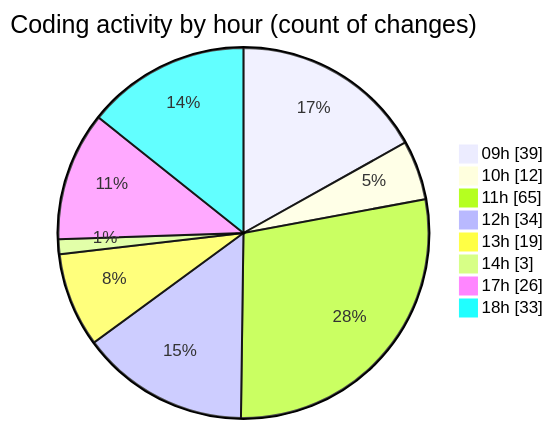
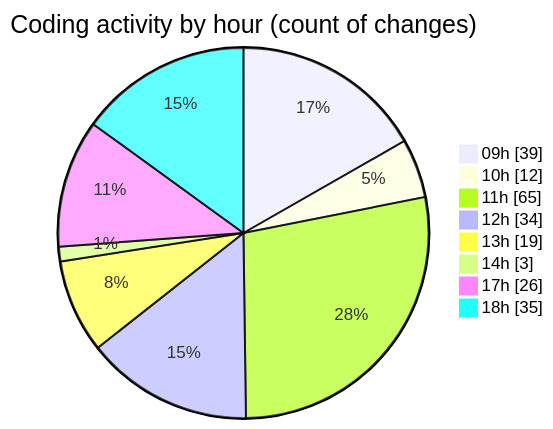
The second of 2 diagrams in 2025-03-04/cda/README.md (momahboobian/code-tracking), drawn with Mermaid before and after one commit. The commit also changed other lines of this file and 1 other file, not shown here.

````diff
--- a/2025-03-04/cda/README.md
+++ b/2025-03-04/cda/README.md
@@ -35,12 +35,12 @@
 ```mermaid
 pie showData
 title Coding activity by hour (count of changes)
 "09h" : 39
 "10h" : 12
 "11h" : 65
 "12h" : 34
 "13h" : 19
 "14h" : 3
 "17h" : 26
-"18h" : 33
+"18h" : 35
 ```
````
